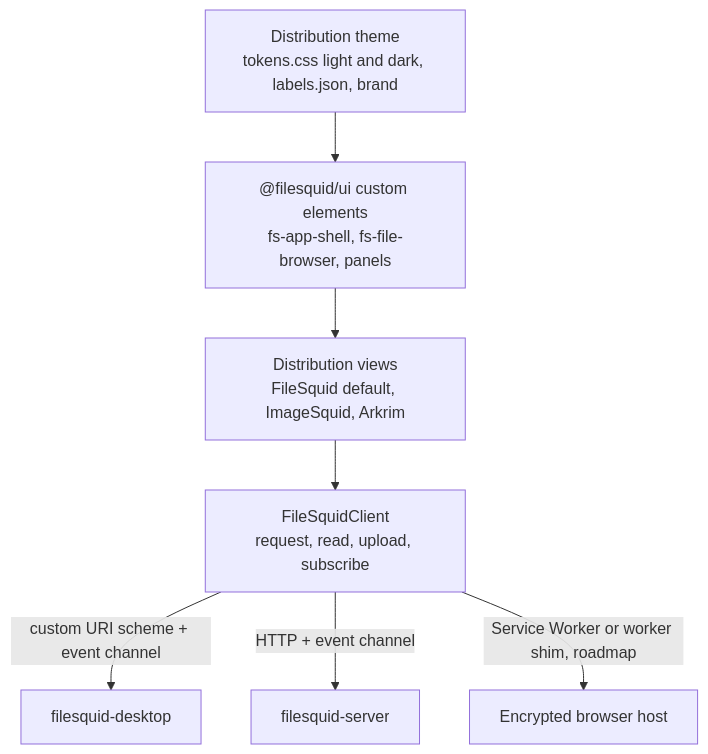
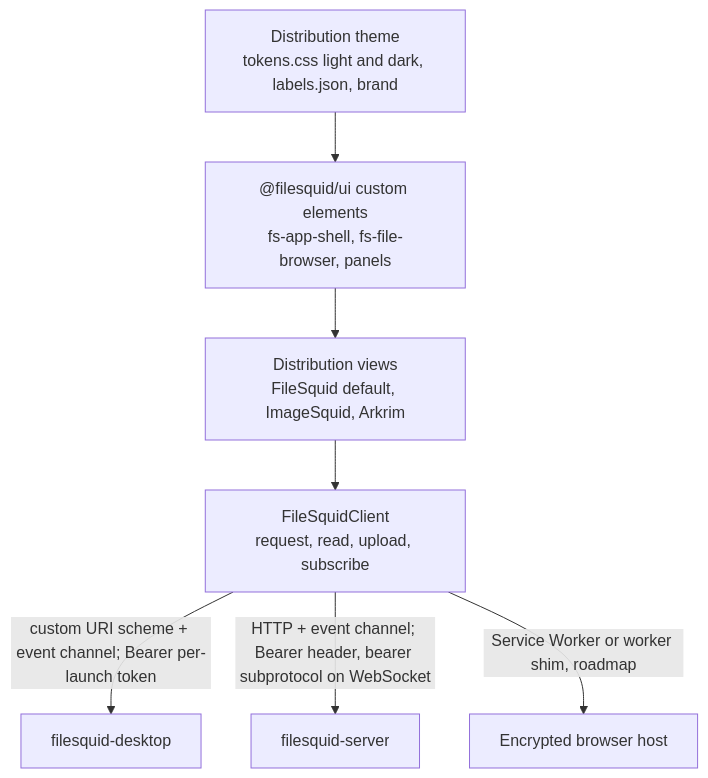
The fourth of 12 diagrams in resources/architecture.md (arkrim-tech/filesquid), drawn with Mermaid before and after one commit. The commit also changed other lines of this file and 30 other files, not shown here.

````diff
--- a/resources/architecture.md
+++ b/resources/architecture.md
@@ -247,13 +247,13 @@
 ```mermaid
 flowchart TD
     Tokens["Distribution theme<br/>tokens.css light and dark, labels.json, brand"]
     Elements["@filesquid/ui custom elements<br/>fs-app-shell, fs-file-browser, panels"]
     Views["Distribution views<br/>FileSquid default, ImageSquid, Arkrim"]
     Client["FileSquidClient<br/>request, read, upload, subscribe"]
     Tokens --> Elements
     Elements --> Views
     Views --> Client
-    Client -->|custom URI scheme + event channel| Desktop[filesquid-desktop]
-    Client -->|HTTP + event channel| Server[filesquid-server]
+    Client -->|custom URI scheme + event channel; Bearer per-launch token| Desktop[filesquid-desktop]
+    Client -->|HTTP + event channel; Bearer header, bearer subprotocol on WebSocket| Server[filesquid-server]
     Client -->|Service Worker or worker shim, roadmap| Browser[Encrypted browser host]
 ```
````
